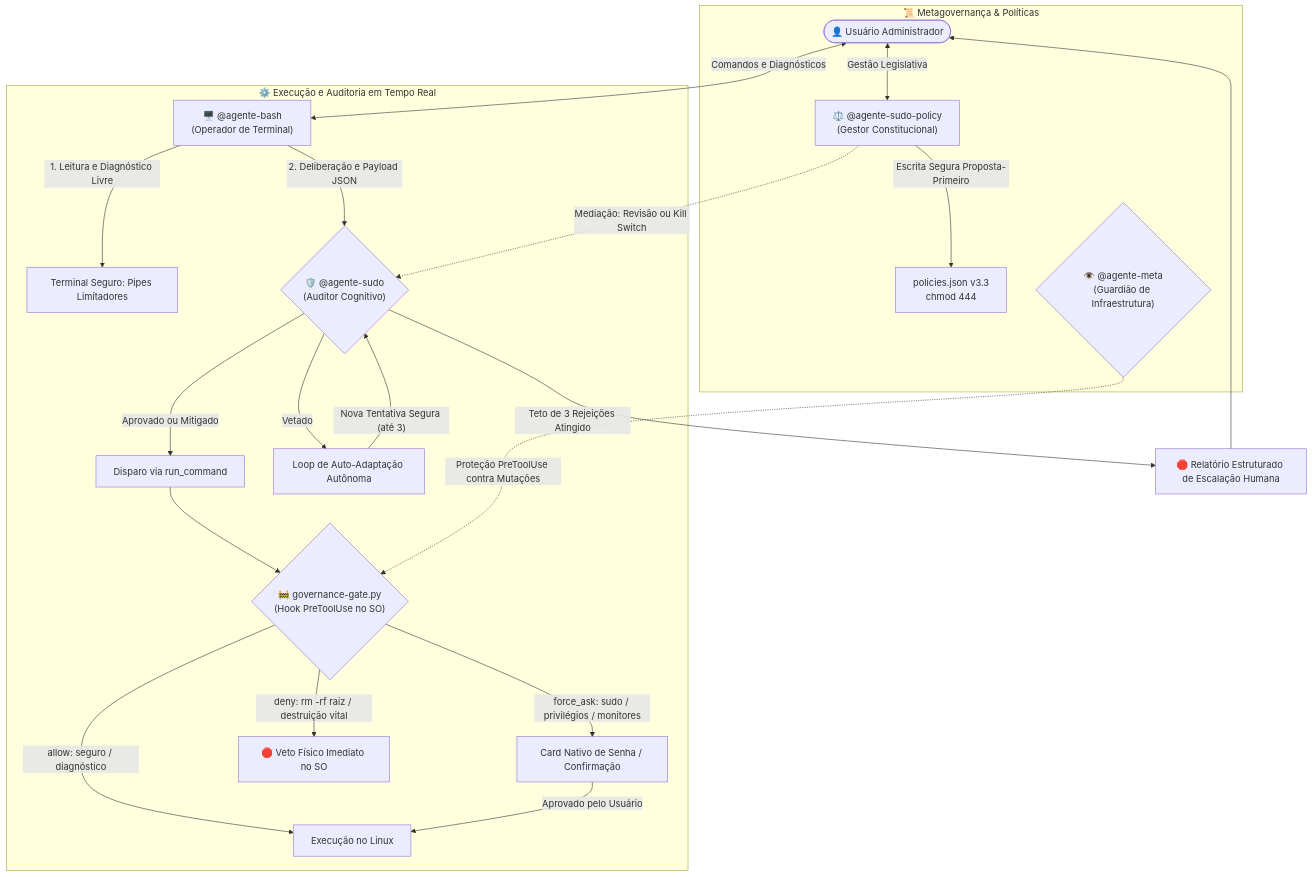
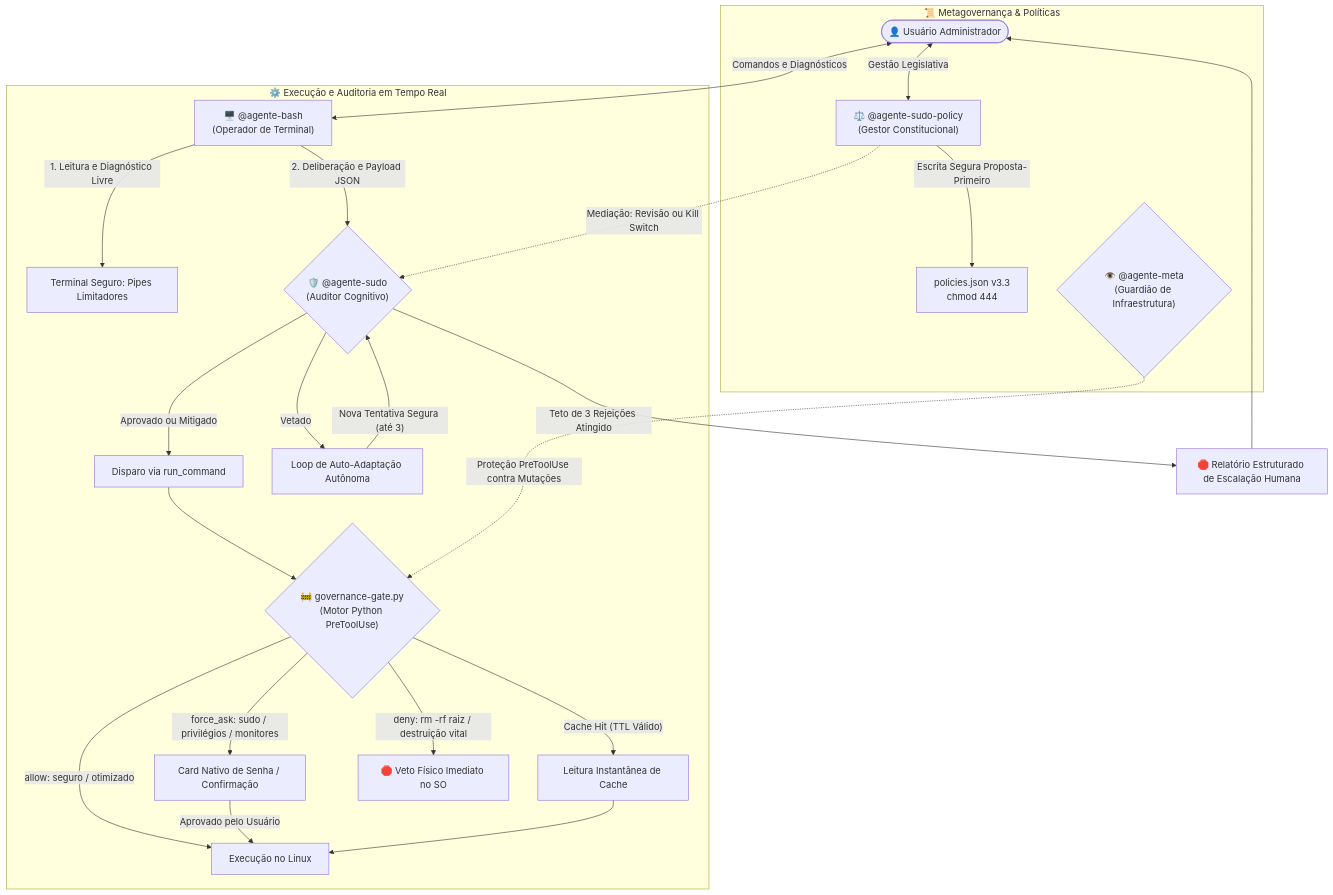
One commit to nickarab/bash-sudo-agents changed the diagram in README.md. Above: the diagram before and after it, drawn with Mermaid. The commit also changed other lines of this file, not shown here.

Commit message:
docs: atualizar README.md completo para v4.0 (motor Python, cache e compressor)

````diff
--- a/README.md
+++ b/README.md
@@ -56,29 +56,31 @@
 ```mermaid
 flowchart TD
     User(["👤 Usuário Administrador"]) <-->|"Comandos e Diagnósticos"| Bash["🖥️ @agente-bash<br/>(Operador de Terminal)"]
     
     subgraph Sandbox["⚙️ Execução e Auditoria em Tempo Real"]
         Bash -->|"1. Leitura e Diagnóstico Livre"| TermBash["Terminal Seguro: Pipes Limitadores"]
         Bash -->|"2. Deliberação e Payload JSON"| Sudo{"🛡️ @agente-sudo<br/>(Auditor Cognitivo)"}
         
         Sudo -->|"Aprovado ou Mitigado"| RunCmd["Disparo via run_command"]
         Sudo -->|"Vetado"| LoopAdapt["Loop de Auto-Adaptação Autônoma"]
         LoopAdapt -->|"Nova Tentativa Segura (até 3)"| Sudo
         
-        RunCmd --> Gate{"🚧 governance-gate.py<br/>(Hook PreToolUse no SO)"}
-        Gate -->|"allow: seguro / diagnóstico"| OSExec["Execução no Linux"]
+        RunCmd --> Gate{"🚧 governance-gate.py<br/>(Motor Python PreToolUse)"}
+        Gate -->|"Cache Hit (TTL Válido)"| CacheRead["Leitura Instantânea de Cache"]
+        Gate -->|"allow: seguro / otimizado"| OSExec["Execução no Linux"]
         Gate -->|"force_ask: sudo / privilégios / monitores"| PromptUser["Card Nativo de Senha / Confirmação"]
         Gate -->|"deny: rm -rf raiz / destruição vital"| HardBlock["🛑 Veto Físico Imediato no SO"]
         PromptUser -->|"Aprovado pelo Usuário"| OSExec
+        CacheRead --> OSExec
     end
     
     Sudo -->|"Teto de 3 Rejeições Atingido"| Escalation["🛑 Relatório Estruturado de Escalação Humana"]
     Escalation --> User
     
     subgraph Governance["📜 Metagovernança & Políticas"]
         User <-->|"Gestão Legislativa"| Policy["⚖️ @agente-sudo-policy<br/>(Gestor Constitucional)"]
         Policy -.->|"Mediação: Revisão ou Kill Switch"| Sudo
         Policy -->|"Escrita Segura Proposta-Primeiro"| PoliciesFile["policies.json v3.3<br/>chmod 444"]
         MetaGuard{"👁️ @agente-meta<br/>(Guardião de Infraestrutura)"} -.->|"Proteção PreToolUse contra Mutações"| Gate
     end
 ```
````
